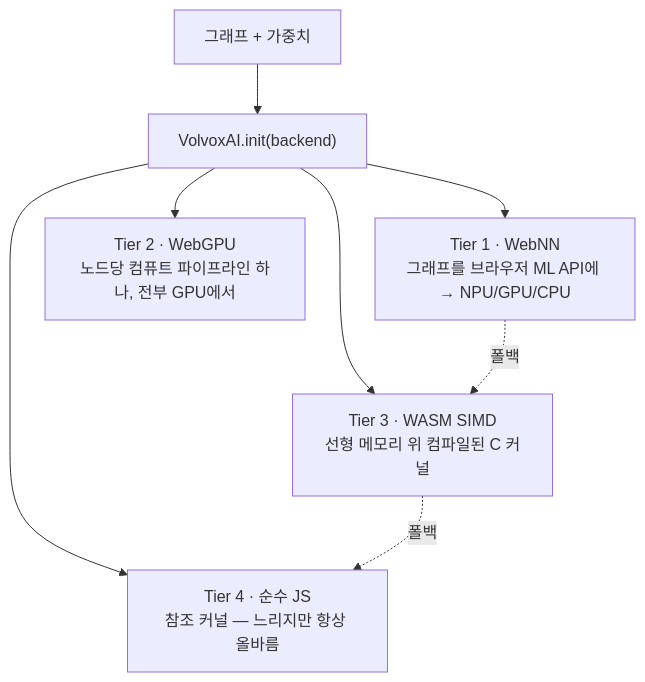
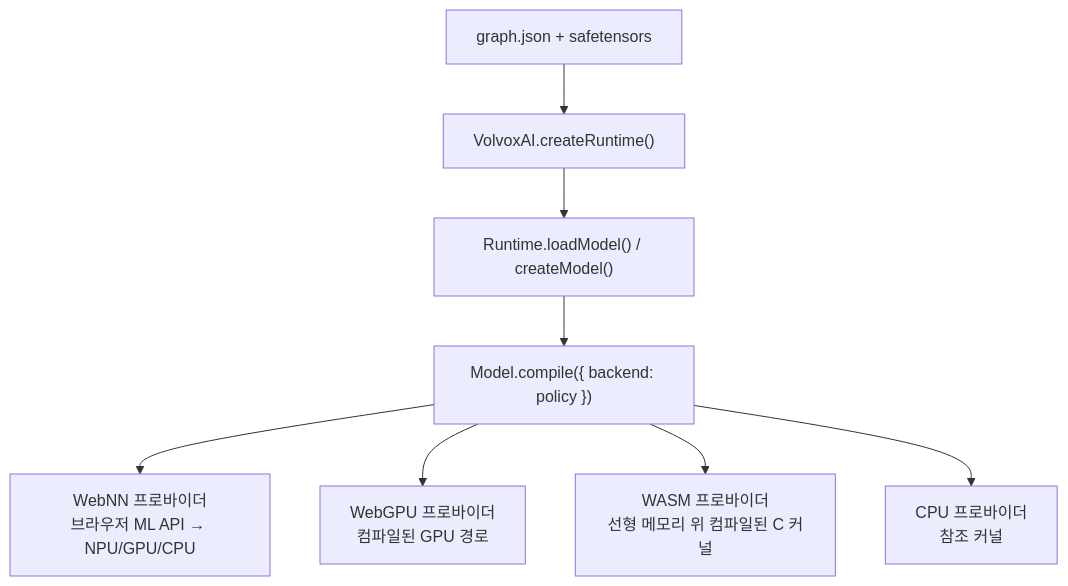
The diagram in docs/textbook/ko/08-inside-the-engine.md (ivere27/volvoxai), drawn with Mermaid before and after one commit. The commit also changed other lines of this file and 810 other files, not shown here.

````diff
--- a/docs/textbook/ko/08-inside-the-engine.md
+++ b/docs/textbook/ko/08-inside-the-engine.md
@@ -31,10 +31,10 @@
 ```mermaid
 flowchart TD
-    G["그래프 + 가중치"] --> I["VolvoxAI.init(backend)"]
-    I --> T1["Tier 1 · WebNN<br/>그래프를 브라우저 ML API에 → NPU/GPU/CPU"]
-    I --> T2["Tier 2 · WebGPU<br/>노드당 컴퓨트 파이프라인 하나, 전부 GPU에서"]
-    I --> T3["Tier 3 · WASM SIMD<br/>선형 메모리 위 컴파일된 C 커널"]
-    I --> T4["Tier 4 · 순수 JS<br/>참조 커널 — 느리지만 항상 올바름"]
-    T1 -.폴백.-> T3
-    T3 -.폴백.-> T4
+    G["graph.json + safetensors"] --> R["VolvoxAI.createRuntime()"]
+    R --> M["Runtime.loadModel() / createModel()"]
+    M --> C["Model.compile({ backend: policy })"]
+    C --> T1["WebNN 프로바이더<br/>브라우저 ML API → NPU/GPU/CPU"]
+    C --> T2["WebGPU 프로바이더<br/>컴파일된 GPU 경로"]
+    C --> T3["WASM 프로바이더<br/>선형 메모리 위 컴파일된 C 커널"]
+    C --> T4["CPU 프로바이더<br/>참조 커널"]
 ```
````
